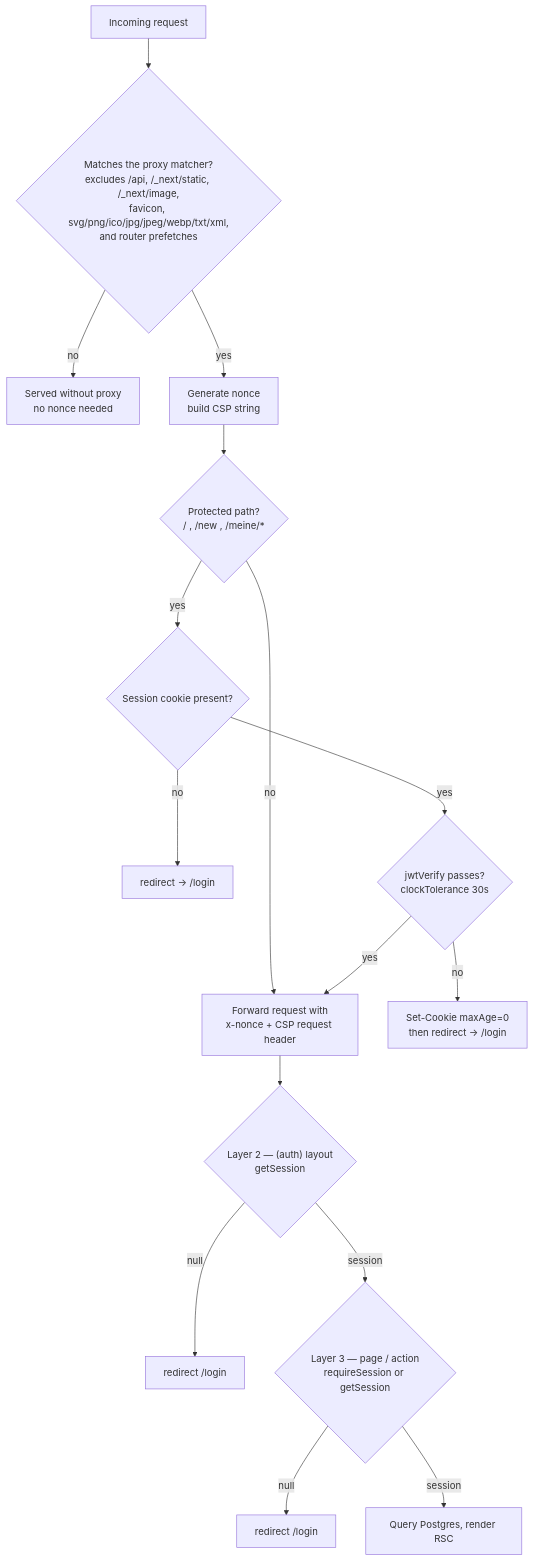
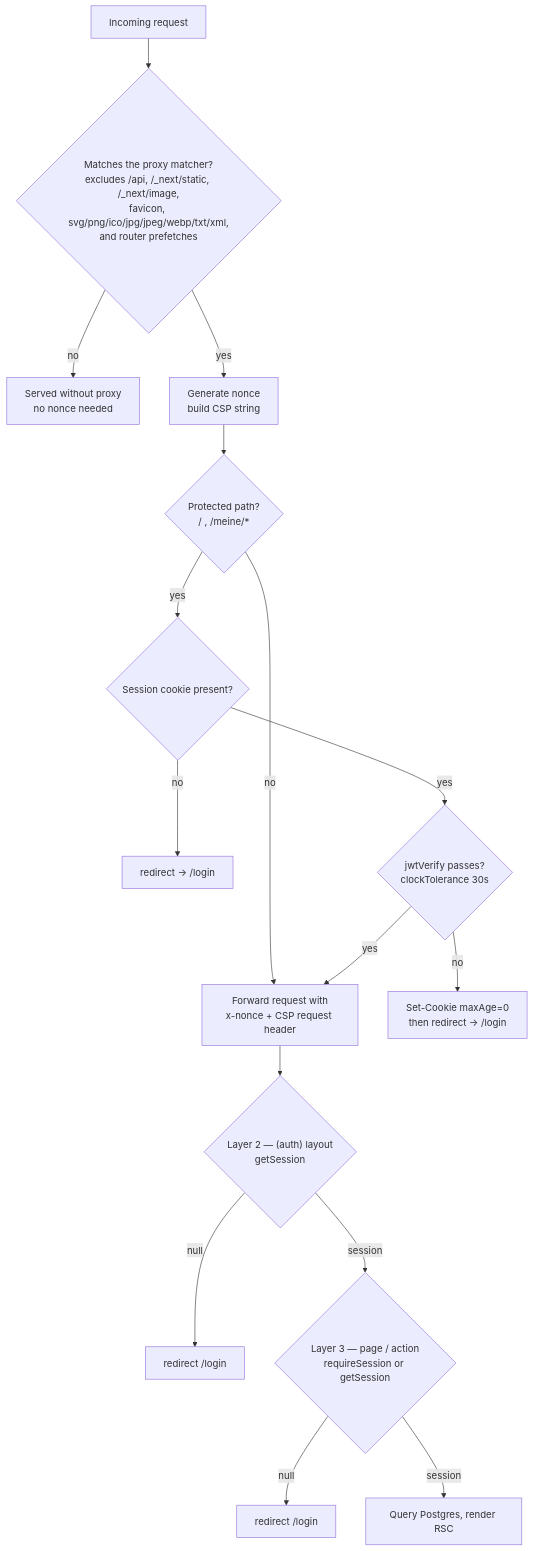
Before and after one commit to InnoLab-2026/FeedmyFrog: the second of 12 diagrams in README.md, drawn with Mermaid. The commit also changed other lines of this file and 16 other files, not shown here.

````diff
--- a/README.md
+++ b/README.md
@@ -128,20 +135,20 @@
 ```mermaid
 flowchart TD
     REQ["Incoming request"] --> MATCH{"Matches the proxy matcher?<br/>excludes /api, /_next/static, /_next/image,<br/>favicon, svg/png/ico/jpg/jpeg/webp/txt/xml,<br/>and router prefetches"}
     MATCH -->|"no"| PASS["Served without proxy<br/>no nonce needed"]
     MATCH -->|"yes"| NONCE["Generate nonce<br/>build CSP string"]
-    NONCE --> PROT{"Protected path?<br/>/ , /new , /meine/*"}
+    NONCE --> PROT{"Protected path?<br/>/ , /meine/*"}
 
     PROT -->|"no"| FWD
     PROT -->|"yes"| COOKIE{"Session cookie present?"}
     COOKIE -->|"no"| RED1["redirect → /login"]
     COOKIE -->|"yes"| VERIFY{"jwtVerify passes?<br/>clockTolerance 30s"}
     VERIFY -->|"no"| CLEAR["Set-Cookie maxAge=0<br/>then redirect → /login"]
     VERIFY -->|"yes"| FWD["Forward request with<br/>x-nonce + CSP request header"]
 
     FWD --> LAYOUT{"Layer 2 — (auth) layout<br/>getSession"}
     LAYOUT -->|"null"| RED2["redirect /login"]
     LAYOUT -->|"session"| PAGE{"Layer 3 — page / action<br/>requireSession or getSession"}
     PAGE -->|"null"| RED3["redirect /login"]
     PAGE -->|"session"| RENDER["Query Postgres, render RSC"]
 ```
````
